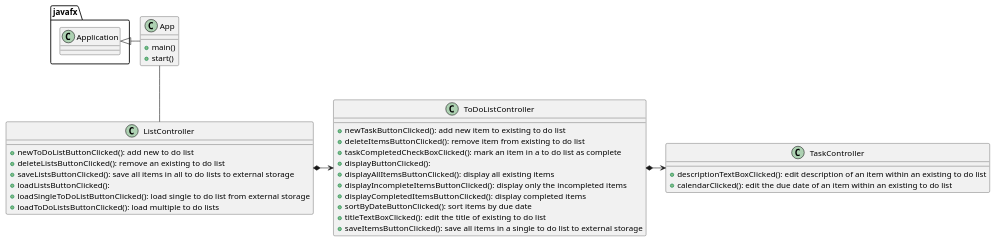
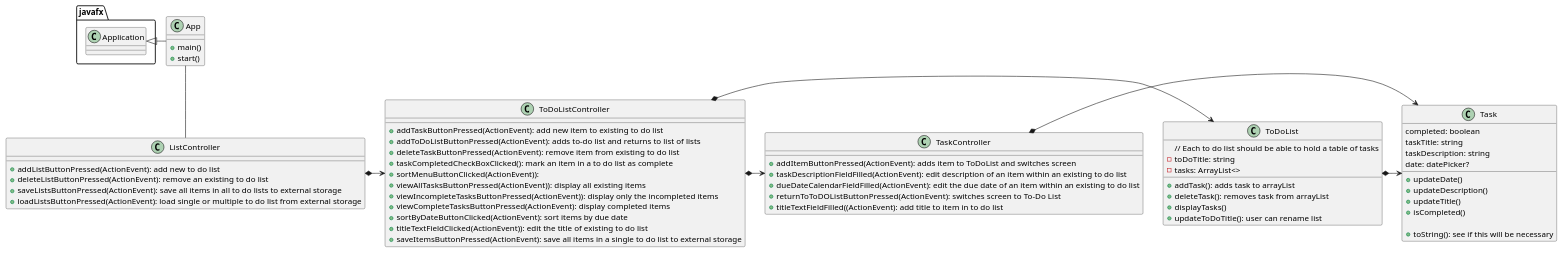
Before and after one commit to savosburn/To-Do-List-with-GUI-Planning: the diagram in uml/ToDoList.puml, drawn with PlantUML. The commit also changed 12 other files, not shown here.

```diff
--- a/uml/ToDoList.puml
+++ b/uml/ToDoList.puml
@@ -1,41 +1,72 @@
 @startuml
 'https://plantuml.com/sequence-diagram
 
 class App {
     + main()
     + start()
 }
 
+class ToDoList {
+    // Each to do list should be able to hold a table of tasks
+    - toDoTitle: string
+    - tasks: ArrayList<>
+
+    + addTask(): adds task to arrayList
+    + deleteTask(): removes task from arrayList
+    + displayTasks()
+    + updateToDoTitle(): user can rename list
+
+}
+
+class Task {
+    completed: boolean
+    taskTitle: string
+    taskDescription: string
+    date: datePicker?
+
+    + updateDate()
+    + updateDescription()
+    + updateTitle()
+    + isCompleted()
+
+    + toString(): see if this will be necessary
+}
+
 class ListController {
-    + newToDoListButtonClicked(): add new to do list
-    + deleteListsButtonClicked(): remove an existing to do list
-    + saveListsButtonClicked(): save all items in all to do lists to external storage
-    + loadListsButtonClicked():
-        + loadSingleToDoListButtonClicked(): load single to do list from external storage
-        + loadToDoListsButtonClicked(): load multiple to do lists
+    + addListButtonPressed(ActionEvent): add new to do list
+    + deleteListButtonPressed(ActionEvent): remove an existing to do list
+    + saveListsButtonPressed(ActionEvent): save all items in all to do lists to external storage
+    + loadListsButtonPressed(ActionEvent): load single or multiple to do list from external storage
 }
 
 class ToDoListController {
-    + newTaskButtonClicked(): add new item to existing to do list
-    + deleteItemsButtonClicked(): remove item from existing to do list
+    + addTaskButtonPressed(ActionEvent): add new item to existing to do list
+    + addToDoListButtonPressed(ActionEvent): adds to-do list and returns to list of lists
+    + deleteTaskButtonPressed(ActionEvent): remove item from existing to do list
     + taskCompletedCheckBoxClicked(): mark an item in a to do list as complete
-    + displayButtonClicked():
-        + displayAllItemsButtonClicked(): display all existing items
-        + displayIncompleteItemsButtonClicked(): display only the incompleted items
-        + displayCompletedItemsButtonClicked(): display completed items
-    + sortByDateButtonClicked(): sort items by due date
-    + titleTextBoxClicked(): edit the title of existing to do list
-    + saveItemsButtonClicked(): save all items in a single to do list to external storage
+    + sortMenuButtonClicked(ActionEvent)):
+        + viewAllTasksButtonPressed(ActionEvent)): display all existing items
+        + viewIncompleteTasksButtonPressed(ActionEvent)): display only the incompleted items
+        + viewCompleteTasksButtonPressed(ActionEvent): display completed items
+    + sortByDateButtonClicked(ActionEvent): sort items by due date
+    + titleTextFieldClicked(ActionEvent)): edit the title of existing to do list
+    + saveItemsButtonPressed(ActionEvent): save all items in a single to do list to external storage
 }
 
 class TaskController {
-    + descriptionTextBoxClicked(): edit description of an item within an existing to do list
-    + calendarClicked(): edit the due date of an item within an existing to do list
+    + addItemButtonPressed(ActionEvent): adds item to ToDoList and switches screen
+    + taskDescriptionFieldFilled(ActionEvent): edit description of an item within an existing to do list
+    + dueDateCalendarFieldFilled(ActionEvent): edit the due date of an item within an existing to do list
+    + returnToToDOListButtonPressed(ActionEvent): switches screen to To-Do List
+    + titleTextFieldFilled((ActionEvent): add title to item in to do list
 }
 
 javafx.Application <|- App
 App -- ListController
 ListController *-> ToDoListController
+ToDoListController *-> ToDoList
 ToDoListController *-> TaskController
+TaskController *-> Task
+ToDoList *-> Task
 
 @enduml
```
